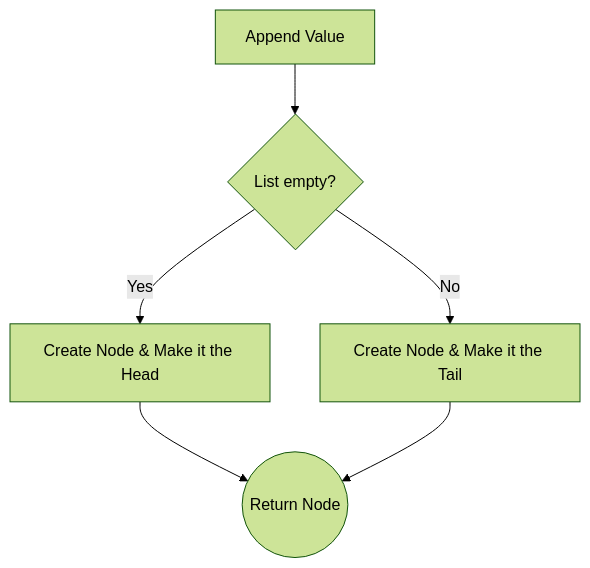
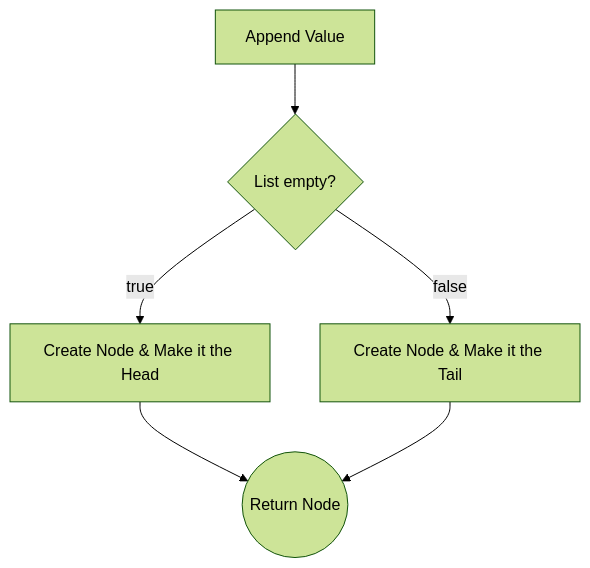
Before and after one commit to taladan/TOP-ruby-linked_list: the fourth of 18 diagrams in README.md, drawn with Mermaid. The commit also changed other lines of this file, not shown here.

Commit message:
change yes/no to true/false

````diff
--- a/README.md
+++ b/README.md
@@ -77,9 +77,9 @@
 ```mermaid
 %%{init: {'theme':'forest'}}%%
 flowchart TD;
   append[Append Value]-->if{List empty?}
-  if-->|Yes| make_head[Create Node & Make it the Head]
+  if-->|true| make_head[Create Node & Make it the Head]
   make_head --> return_node((Return Node))
-  if --> |No| make_tail[Create Node & Make it the Tail]
+  if --> |false| make_tail[Create Node & Make it the Tail]
   make_tail --> return_node
 ```
````
